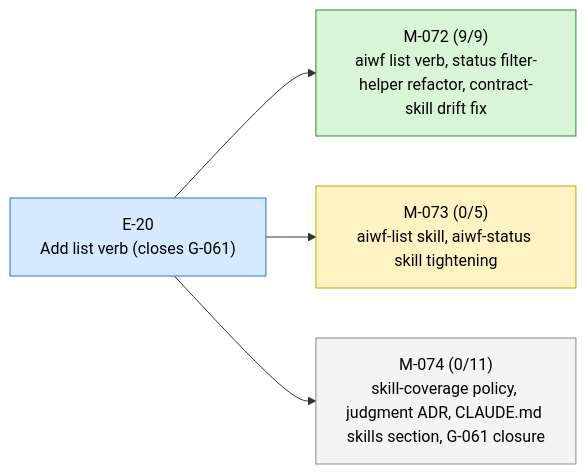
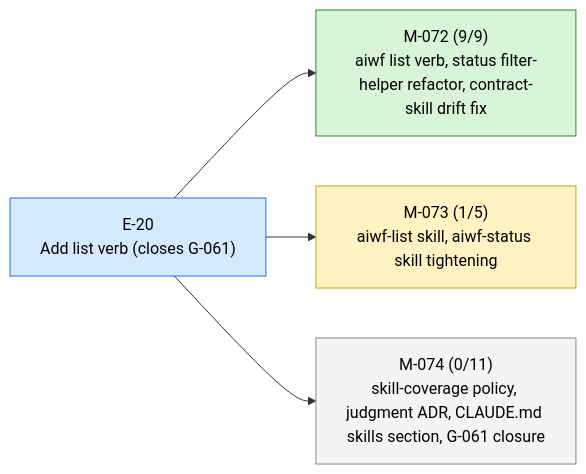
Before and after one commit to 23min/aiwf: the first of 2 diagrams in STATUS.md, drawn with Mermaid. The commit also changed other lines of this file and 1 other file, not shown here.

First line of the commit message:
aiwf promote M-073/AC-1 open -> met

````diff
--- a/STATUS.md
+++ b/STATUS.md
@@ -13,16 +13,16 @@
 ```mermaid
 flowchart LR
   E_20["E-20<br/>Add list verb (closes G-061)"]:::epic_active
   M_072["M-072 (9/9)<br/>aiwf list verb, status filter-helper refactor, contract-skill drift fix"]:::ms_done
   E_20 --> M_072
-  M_073["M-073 (0/5)<br/>aiwf-list skill, aiwf-status skill tightening"]:::ms_in_progress
+  M_073["M-073 (1/5)<br/>aiwf-list skill, aiwf-status skill tightening"]:::ms_in_progress
   E_20 --> M_073
   M_074["M-074 (0/11)<br/>skill-coverage policy, judgment ADR, CLAUDE.md skills section, G-061 closure"]:::ms_draft
   E_20 --> M_074
   classDef epic_active fill:#d6eaff,stroke:#1a73e8,color:#000
   classDef epic_proposed fill:#f4f4f4,stroke:#888,color:#000
   classDef ms_done fill:#d8f5d8,stroke:#2a8a2a,color:#000
   classDef ms_in_progress fill:#fff3c4,stroke:#caa400,color:#000
   classDef ms_draft fill:#f4f4f4,stroke:#888,color:#000
   classDef ms_cancelled fill:#fbeaea,stroke:#c33,color:#000
 ```
````
